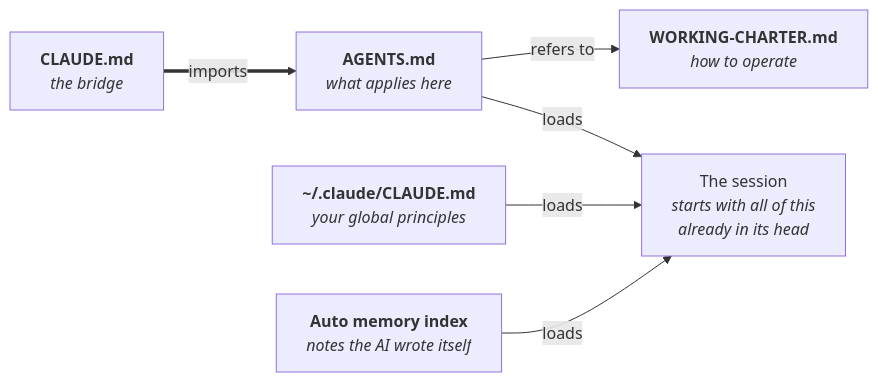
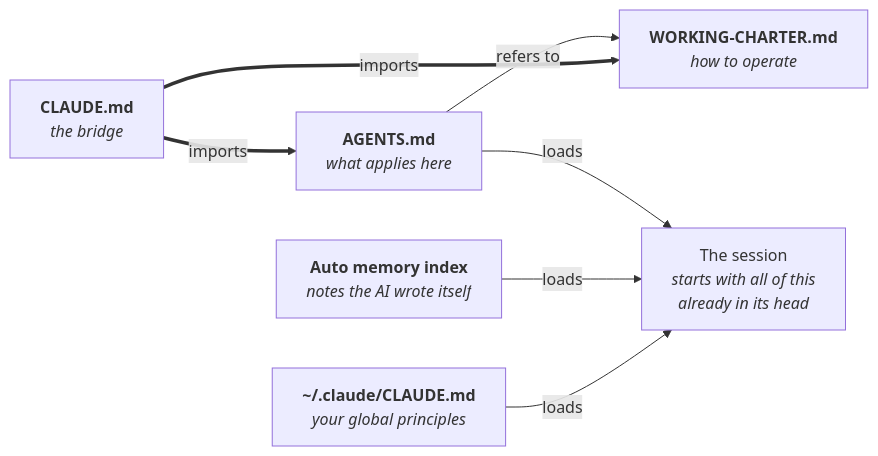
One commit to selawood-web/claude-code-generic-guide changed the second of 4 diagrams in SYSTEM-OVERVIEW.md. Above: the diagram before and after it, drawn with Mermaid. The commit also changed other lines of this file and 14 other files, not shown here.

````diff
--- a/SYSTEM-OVERVIEW.md
+++ b/SYSTEM-OVERVIEW.md
@@ -54,8 +55,9 @@
 ```mermaid
 flowchart LR
     CM["<b>CLAUDE.md</b><br/><i>the bridge</i>"] == "imports" ==> AG["<b>AGENTS.md</b><br/><i>what applies here</i>"]
-    AG -- "refers to" --> WC["<b>WORKING-CHARTER.md</b><br/><i>how to operate</i>"]
+    CM == "imports" ==> WC["<b>WORKING-CHARTER.md</b><br/><i>how to operate</i>"]
+    AG -- "refers to" --> WC
     GL["<b>~/.claude/CLAUDE.md</b><br/><i>your global principles</i>"] -- "loads" --> S["The session<br/><i>starts with all of this<br/>already in its head</i>"]
     AM["<b>Auto memory index</b><br/><i>notes the AI wrote itself</i>"] -- "loads" --> S
     AG -- "loads" --> S
 ```
````
